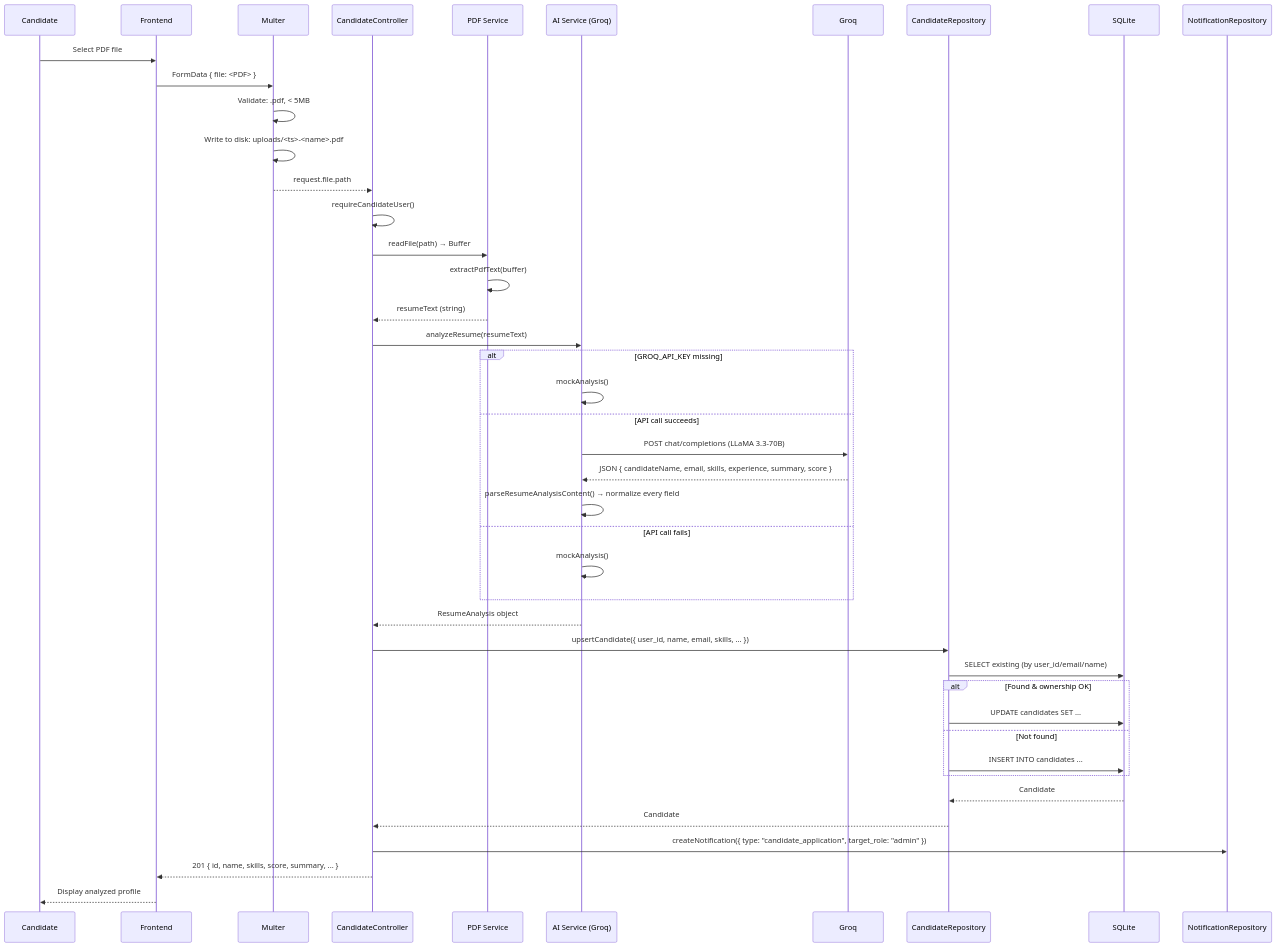
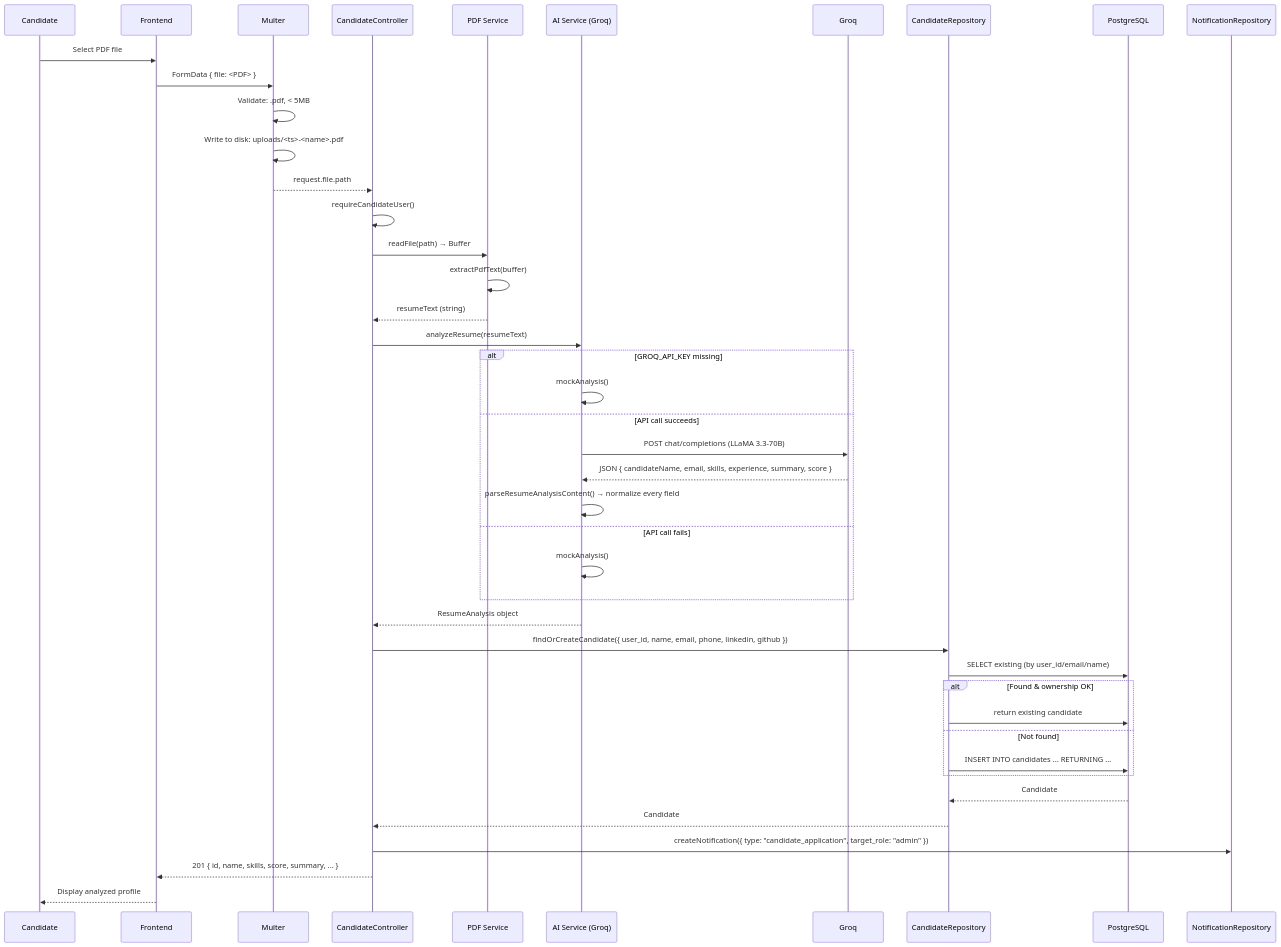
One commit to thamirmohcine/NexusATS changed the second of 4 diagrams in PROJECT_ARCHITECTURE_EXPLAINED_EN.md. Above: the diagram before and after it, drawn with Mermaid. The commit also changed other lines of this file and 31 other files, not shown here.

````diff
--- a/PROJECT_ARCHITECTURE_EXPLAINED_EN.md
+++ b/PROJECT_ARCHITECTURE_EXPLAINED_EN.md
@@ -317,46 +317,46 @@
 ```mermaid
 sequenceDiagram
     participant Candidate
     participant Frontend
     participant Multer
     participant CandidateCtrl as CandidateController
     participant PDFService as PDF Service
     participant AIService as AI Service (Groq)
     participant Groq
     participant CandidateRepo as CandidateRepository
-    participant SQLite
+    participant PostgreSQL
     participant NotifRepo as NotificationRepository
 
     Candidate->>Frontend: Select PDF file
     Frontend->>Multer: FormData { file: <PDF> }
     Multer->>Multer: Validate: .pdf, < 5MB
     Multer->>Multer: Write to disk: uploads/<ts>-<name>.pdf
     Multer-->>CandidateCtrl: request.file.path
     CandidateCtrl->>CandidateCtrl: requireCandidateUser()
     CandidateCtrl->>PDFService: readFile(path) → Buffer
     PDFService->>PDFService: extractPdfText(buffer)
     PDFService-->>CandidateCtrl: resumeText (string)
     CandidateCtrl->>AIService: analyzeResume(resumeText)
     Alt GROQ_API_KEY missing
         AIService->>AIService: mockAnalysis()
     else API call succeeds
         AIService->>Groq: POST chat/completions (LLaMA 3.3-70B)
         Groq-->>AIService: JSON { candidateName, email, skills, experience, summary, score }
         AIService->>AIService: parseResumeAnalysisContent() → normalize every field
     else API call fails
         AIService->>AIService: mockAnalysis()
     end
     AIService-->>CandidateCtrl: ResumeAnalysis object
-    CandidateCtrl->>CandidateRepo: upsertCandidate({ user_id, name, email, skills, ... })
-    CandidateRepo->>SQLite: SELECT existing (by user_id/email/name)
+    CandidateCtrl->>CandidateRepo: findOrCreateCandidate({ user_id, name, email, phone, linkedin, github })
+    CandidateRepo->>PostgreSQL: SELECT existing (by user_id/email/name)
     Alt Found & ownership OK
-        CandidateRepo->>SQLite: UPDATE candidates SET ...
+        CandidateRepo->>PostgreSQL: return existing candidate
     else Not found
-        CandidateRepo->>SQLite: INSERT INTO candidates ...
+        CandidateRepo->>PostgreSQL: INSERT INTO candidates ... RETURNING ...
     end
-    SQLite-->>CandidateRepo: Candidate
+    PostgreSQL-->>CandidateRepo: Candidate
     CandidateRepo-->>CandidateCtrl: Candidate
     CandidateCtrl->>NotifRepo: createNotification({ type: "candidate_application", target_role: "admin" })
     CandidateCtrl-->>Frontend: 201 { id, name, skills, score, summary, ... }
     Frontend-->>Candidate: Display analyzed profile
 ```
````
